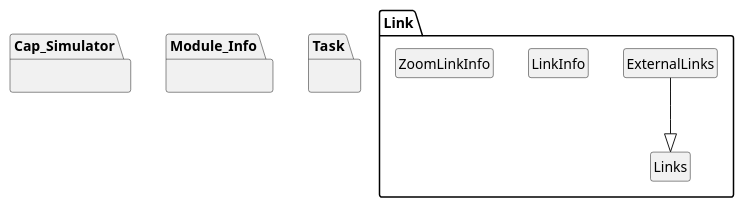
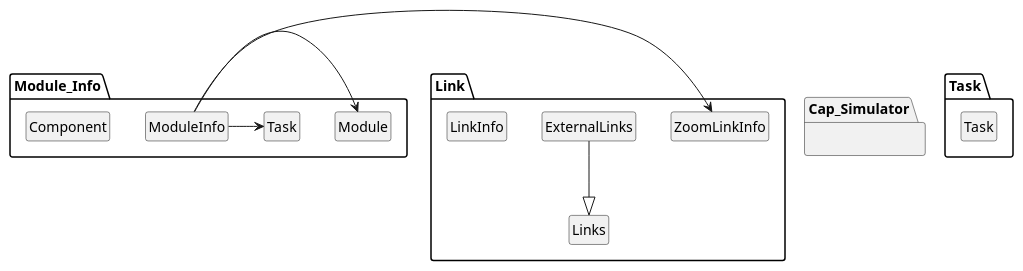
Before and after one commit to nus-cs2113-AY2021S2/tp: the diagram in docs/diagrams/featuresArchitecture.puml, drawn with PlantUML. The commit also changed 4 other files, not shown here.

```diff
--- a/docs/diagrams/featuresArchitecture.puml
+++ b/docs/diagrams/featuresArchitecture.puml
@@ -1,26 +1,33 @@
 @startuml
 hide members
 hide circle
 
 package Cap_Simulator {
 
 }
 
-package Module_Info {
-
-}
-
 package Task {
-
+    Class Task
 }
 
 package Link {
   Class ExternalLinks
   Class LinkInfo
   Class Links
   Class ZoomLinkInfo
 
 ExternalLinks --|> Links
 }
 
+package Module_Info {
+    Class ModuleInfo
+    Class Module
+    Class Component
+
+    ModuleInfo -> Module
+    ModuleInfo -> Task
+    ModuleInfo -> ZoomLinkInfo
+}
+
+
 @enduml
```
